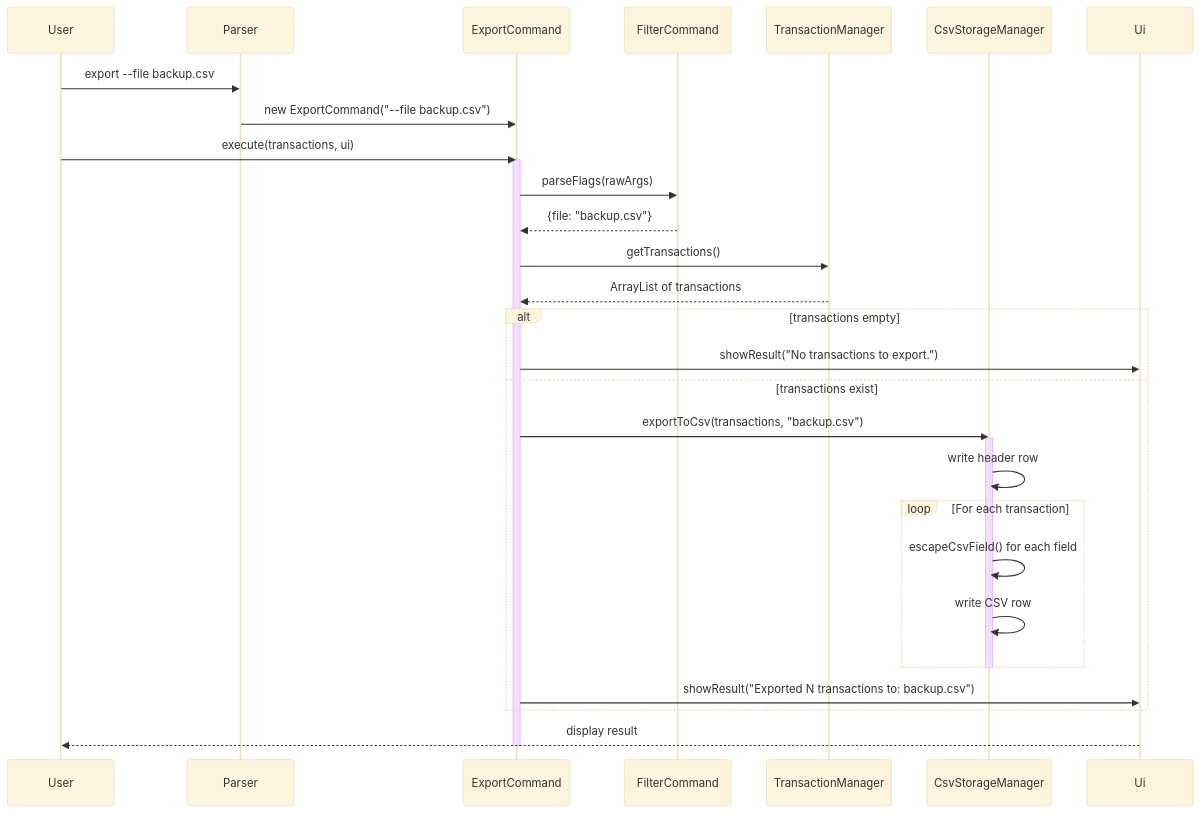
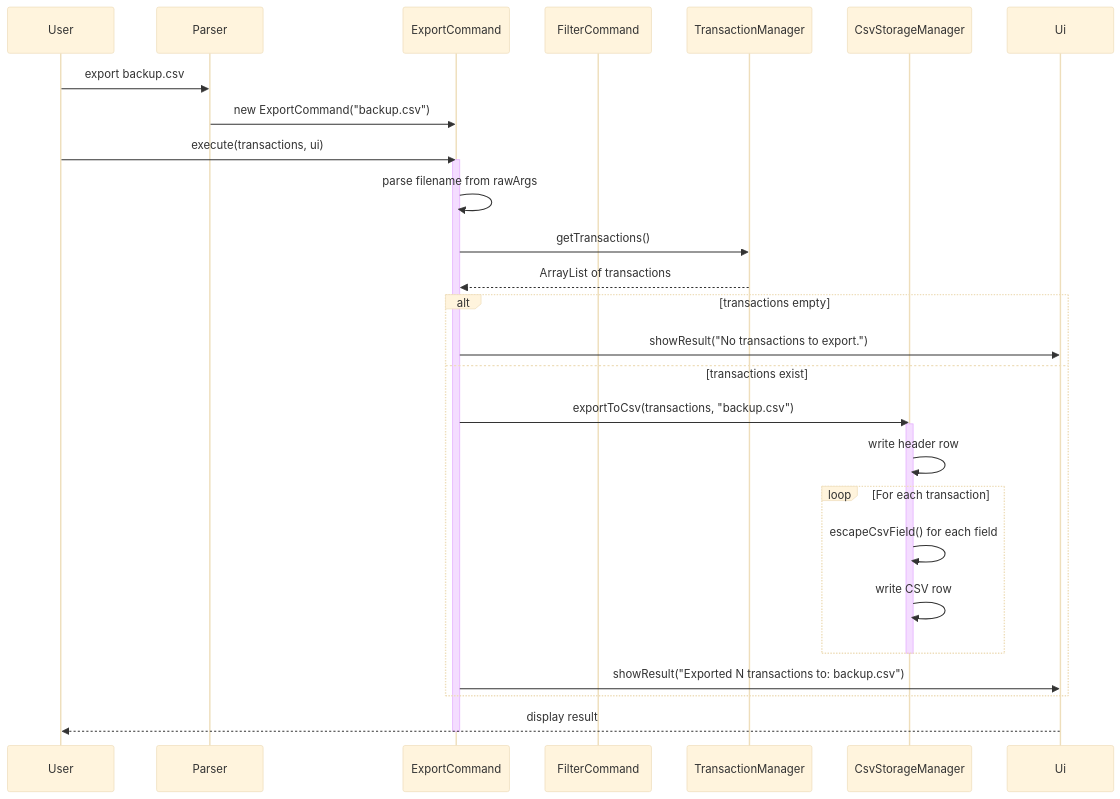
One commit to llk214/tp changed diagram 14 of 18 in docs/DeveloperGuide.md. Above: the diagram before and after it, drawn with Mermaid (base theme). The commit also changed other lines of this file, not shown here.

Commit message:
Fix flag-based command examples in DG body diagrams

````diff
--- a/docs/DeveloperGuide.md
+++ b/docs/DeveloperGuide.md
@@ -994,39 +994,38 @@
 ```mermaid
 sequenceDiagram
     participant User
     participant Parser
     participant ExportCommand
     participant FilterCommand
     participant TM as TransactionManager
     participant CSV as CsvStorageManager
     participant Ui
 
-    User->>Parser: export --file backup.csv
-    Parser->>ExportCommand: new ExportCommand("--file backup.csv")
+    User->>Parser: export backup.csv
+    Parser->>ExportCommand: new ExportCommand("backup.csv")
 
     User->>ExportCommand: execute(transactions, ui)
     activate ExportCommand
 
-    ExportCommand->>FilterCommand: parseFlags(rawArgs)
-    FilterCommand-->>ExportCommand: {file: "backup.csv"}
+    ExportCommand->>ExportCommand: parse filename from rawArgs
 
     ExportCommand->>TM: getTransactions()
     TM-->>ExportCommand: ArrayList of transactions
 
     alt transactions empty
         ExportCommand->>Ui: showResult("No transactions to export.")
     else transactions exist
         ExportCommand->>CSV: exportToCsv(transactions, "backup.csv")
         activate CSV
         CSV->>CSV: write header row
         loop For each transaction
             CSV->>CSV: escapeCsvField() for each field
             CSV->>CSV: write CSV row
         end
         deactivate CSV
         ExportCommand->>Ui: showResult("Exported N transactions to: backup.csv")
     end
 
     Ui-->>User: display result
     deactivate ExportCommand
 ```
````
